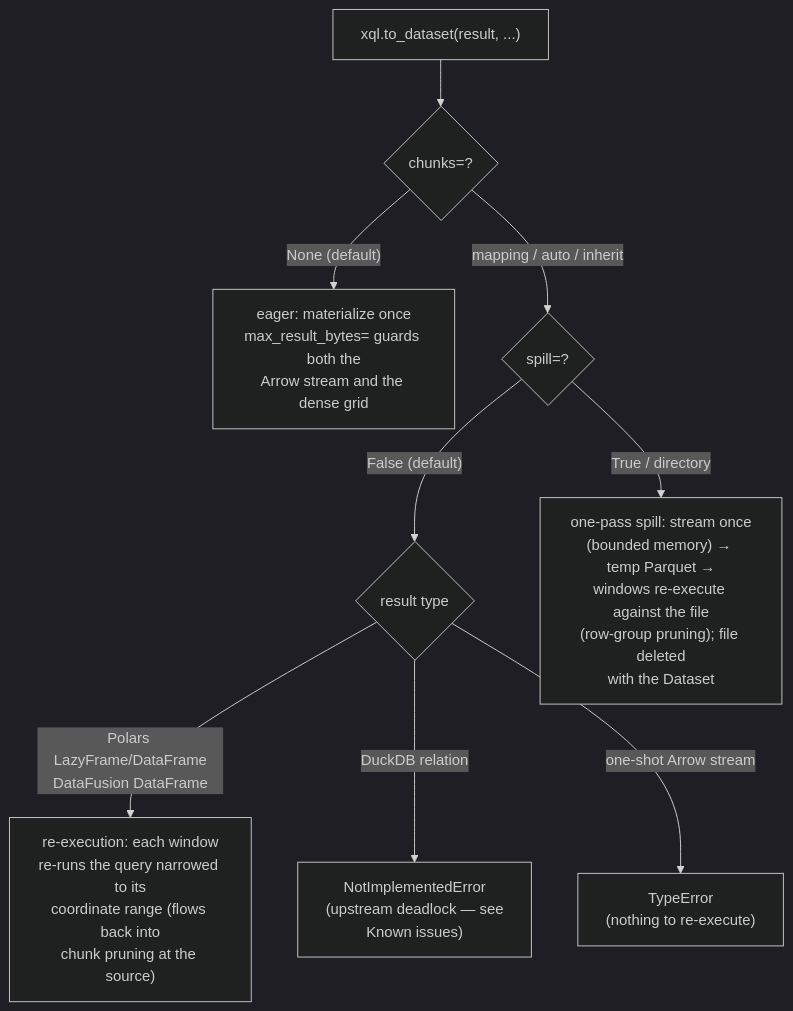
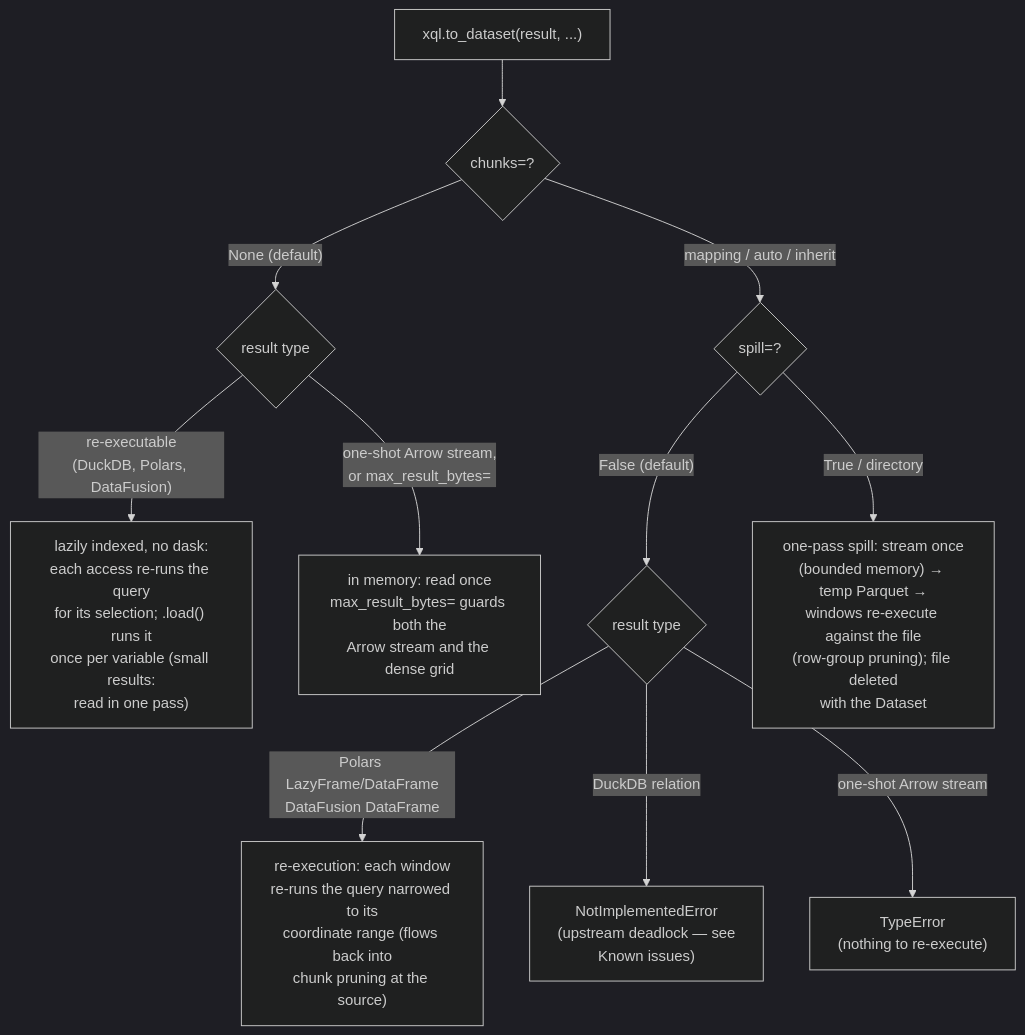
One commit to xqlsystems/xarray-sql changed the diagram in docs/engines.md. Above: the diagram before and after it, drawn with Mermaid (dark theme). The commit also changed other lines of this file and 34 other files, not shown here.

````diff
--- a/docs/engines.md
+++ b/docs/engines.md
@@ -501,11 +501,13 @@
 ```mermaid
 flowchart TB
     R["xql.to_dataset(result, ...)"] --> K{"chunks=?"}
-    K -- "None (default)" --> E["eager: materialize once<br/>max_result_bytes= guards both the<br/>Arrow stream and the dense grid"]
+    K -- "None (default)" --> LZ{"result type"}
+    LZ -- "re-executable<br/>(DuckDB, Polars, DataFusion)" --> LI["lazily indexed, no dask:<br/>each access re-runs the query<br/>for its selection; .load() runs it<br/>once per variable (small results:<br/>read in one pass)"]
+    LZ -- "one-shot Arrow stream,<br/>or max_result_bytes=" --> E["in memory: read once<br/>max_result_bytes= guards both the<br/>Arrow stream and the dense grid"]
     K -- "mapping / auto / inherit" --> SP{"spill=?"}
     SP -- "False (default)" --> HD{"result type"}
     HD -- "Polars LazyFrame/DataFrame<br/>DataFusion DataFrame" --> RX["re-execution: each window<br/>re-runs the query narrowed to its<br/>coordinate range (flows back into<br/>chunk pruning at the source)"]
     HD -- "DuckDB relation" --> NO["NotImplementedError<br/>(upstream deadlock — see<br/>Known issues)"]
     HD -- "one-shot Arrow stream" --> NO2["TypeError<br/>(nothing to re-execute)"]
     SP -- "True / directory" --> SPL["one-pass spill: stream once<br/>(bounded memory) → temp Parquet →<br/>windows re-execute against the file<br/>(row-group pruning); file deleted<br/>with the Dataset"]
 ```
````
